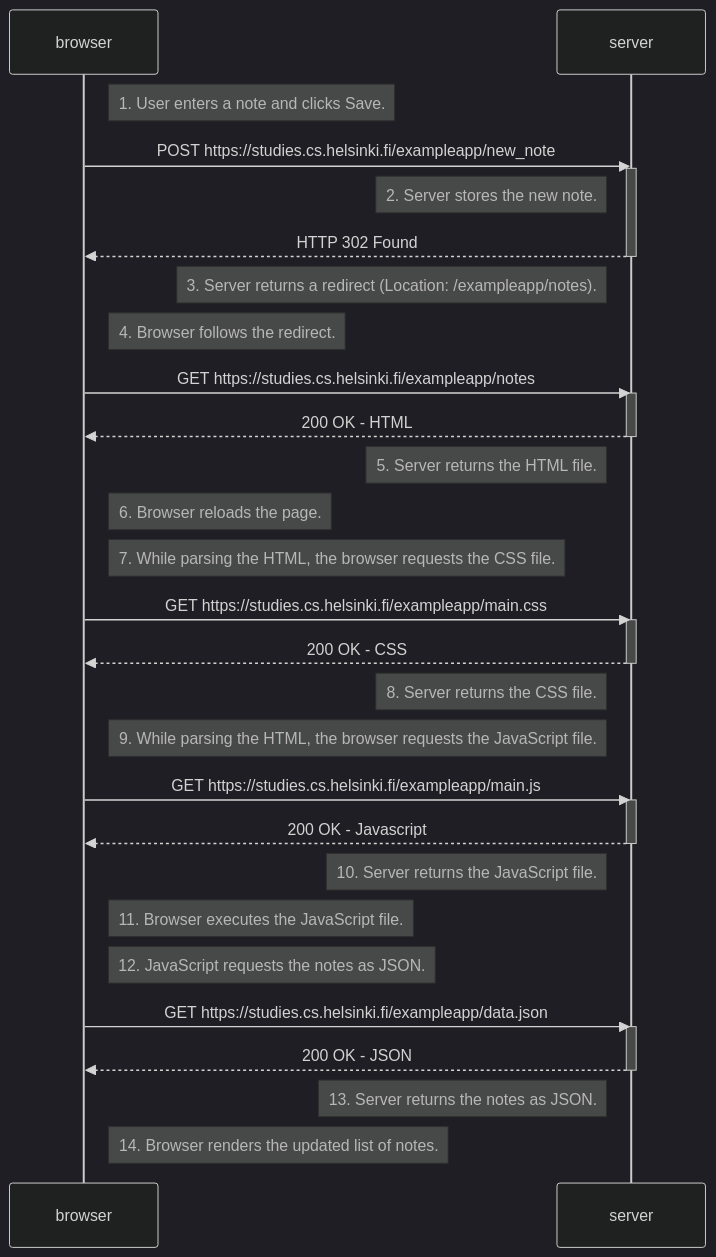
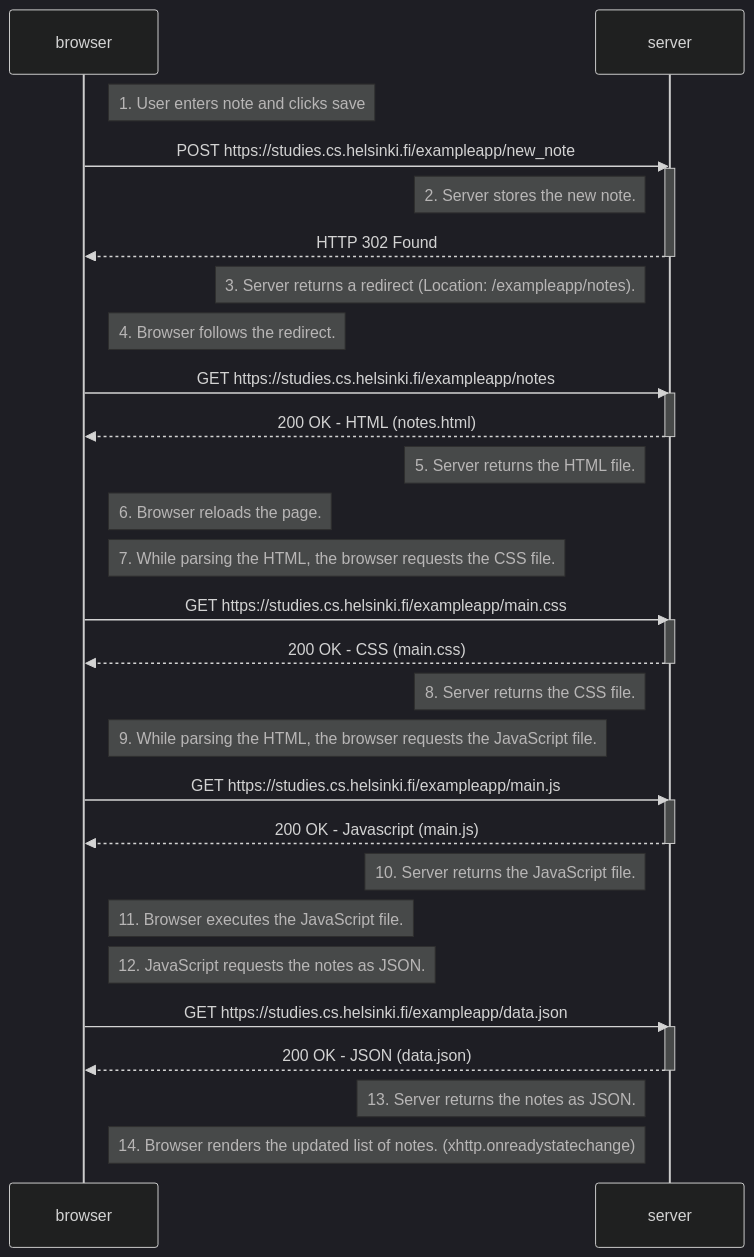
One commit to DrFinger2/fullstackopen-2026 changed the diagram in osa0/0.4.md. Above: the diagram before and after it, drawn with Mermaid (dark theme).

````diff
--- a/osa0/0.4.md
+++ b/osa0/0.4.md
@@ -1,47 +1,47 @@
 ```mermaid
 sequenceDiagram
     participant browser
     participant server
 
-    Note right of browser: 1. User enters a note and clicks Save.
+    Note right of browser: 1. User enters note and clicks save
     browser->>server: POST https://studies.cs.helsinki.fi/exampleapp/new_note
     activate server
     Note left of server: 2. Server stores the new note.
     server-->>browser: HTTP 302 Found
     deactivate server
     Note left of server: 3. Server returns a redirect (Location: /exampleapp/notes).
 
     Note right of browser: 4. Browser follows the redirect.
     browser->>server: GET https://studies.cs.helsinki.fi/exampleapp/notes
     activate server
-    server-->>browser: 200 OK - HTML
+    server-->>browser: 200 OK - HTML (notes.html)
     deactivate server
     Note left of server: 5. Server returns the HTML file.
 
     Note right of browser: 6. Browser reloads the page.
 
     Note right of browser: 7. While parsing the HTML, the browser requests the CSS file.
     browser->>server: GET https://studies.cs.helsinki.fi/exampleapp/main.css
     activate server
-    server-->>browser: 200 OK - CSS
+    server-->>browser: 200 OK - CSS (main.css)
     deactivate server
     Note left of server: 8. Server returns the CSS file.
 
     Note right of browser: 9. While parsing the HTML, the browser requests the JavaScript file.
     browser->>server: GET https://studies.cs.helsinki.fi/exampleapp/main.js
     activate server
-    server-->>browser: 200 OK - Javascript
+    server-->>browser: 200 OK - Javascript (main.js)
     deactivate server
     Note left of server: 10. Server returns the JavaScript file.
 
     Note right of browser: 11. Browser executes the JavaScript file.
 
     Note right of browser: 12. JavaScript requests the notes as JSON.
     browser->>server: GET https://studies.cs.helsinki.fi/exampleapp/data.json
     activate server
-    server-->>browser: 200 OK - JSON
+    server-->>browser: 200 OK - JSON (data.json)
     deactivate server
     Note left of server: 13. Server returns the notes as JSON.
 
-    Note right of browser: 14. Browser renders the updated list of notes.
+    Note right of browser: 14. Browser renders the updated list of notes. (xhttp.onreadystatechange)
 ```
````
